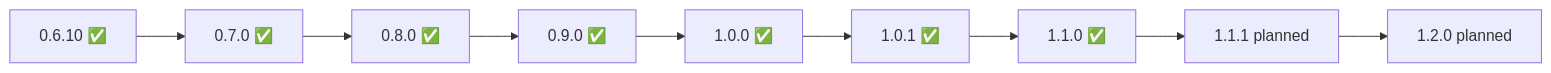
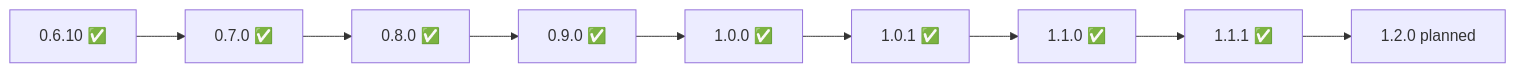
One commit to hrodrig/pgwd changed the diagram in ROADMAP.md. Above: the diagram before and after it, drawn with Mermaid. The commit also changed other lines of this file and 8 other files, not shown here.

````diff
--- a/ROADMAP.md
+++ b/ROADMAP.md
@@ -19,11 +19,11 @@
 ```mermaid
 flowchart LR
   A["0.6.10 ✅"] --> B["0.7.0 ✅"]
   B --> C["0.8.0 ✅"]
   C --> D["0.9.0 ✅"]
   D --> E["1.0.0 ✅"]
   E --> F["1.0.1 ✅"]
   F --> G["1.1.0 ✅"]
-  G --> H["1.1.1 planned"]
+  G --> H["1.1.1 ✅"]
   H --> I["1.2.0 planned"]
 ```
````
